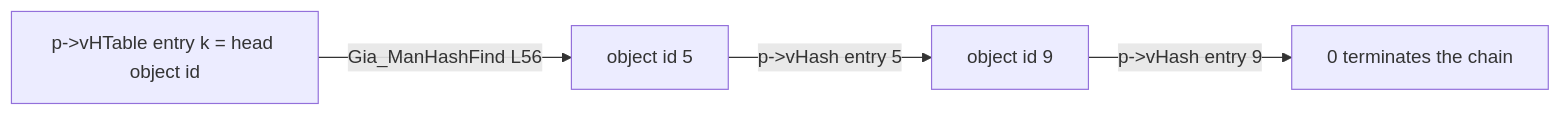
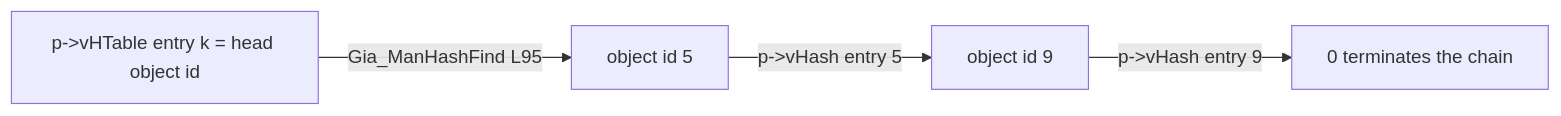
The sixth of 10 diagrams in src/aig/gia/README.md (blitzy-research/abc), drawn with Mermaid before and after one commit. The commit also changed other lines of this file and 5 other files, not shown here.

````diff
--- a/src/aig/gia/README.md
+++ b/src/aig/gia/README.md
@@ -860,10 +861,10 @@
 ```mermaid
 graph LR
     HT["p->vHTable entry k = head object id"]
     O5["object id 5"]
     O9["object id 9"]
     O0["0 terminates the chain"]
-    HT -->|"Gia_ManHashFind L56"| O5
+    HT -->|"Gia_ManHashFind L95"| O5
     O5 -->|"p->vHash entry 5"| O9
     O9 -->|"p->vHash entry 9"| O0
 ```
````
